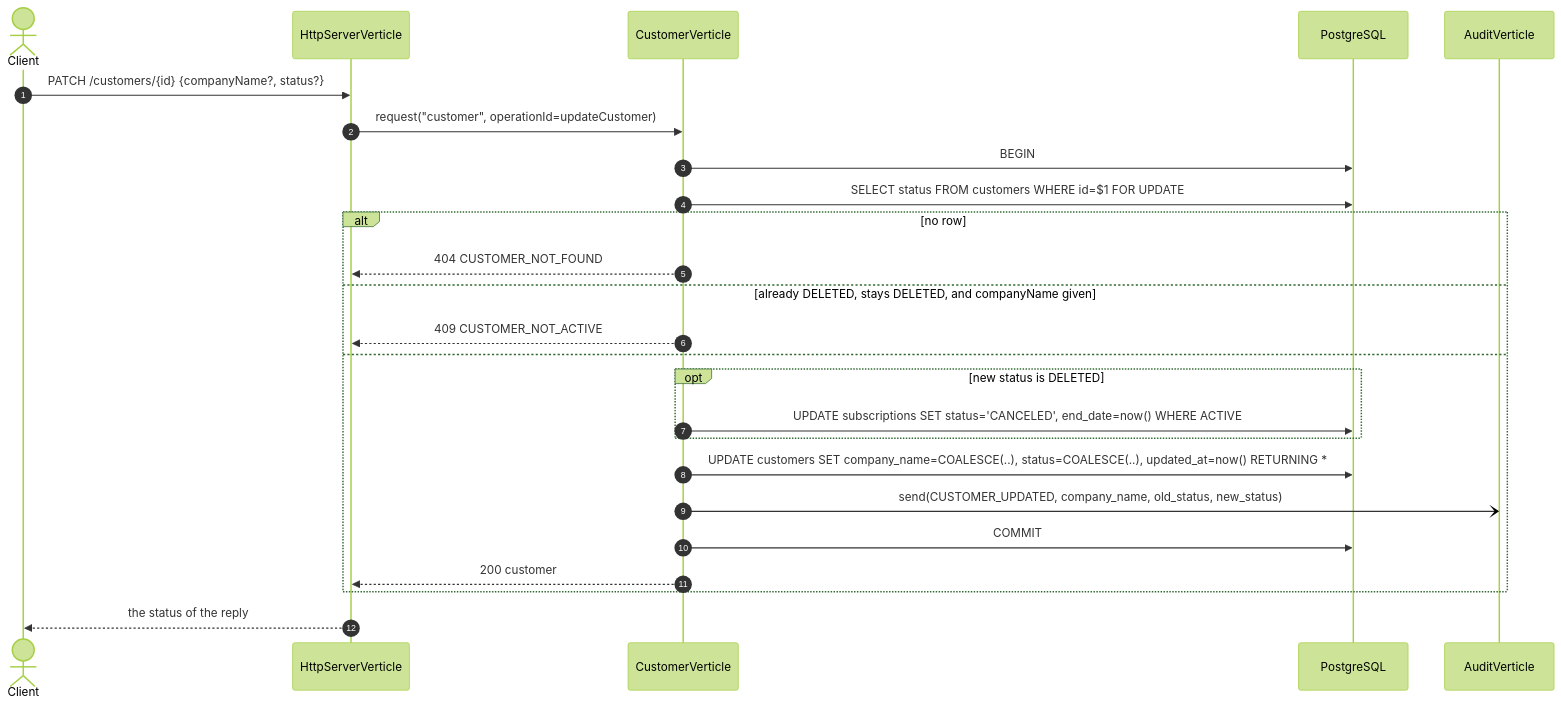
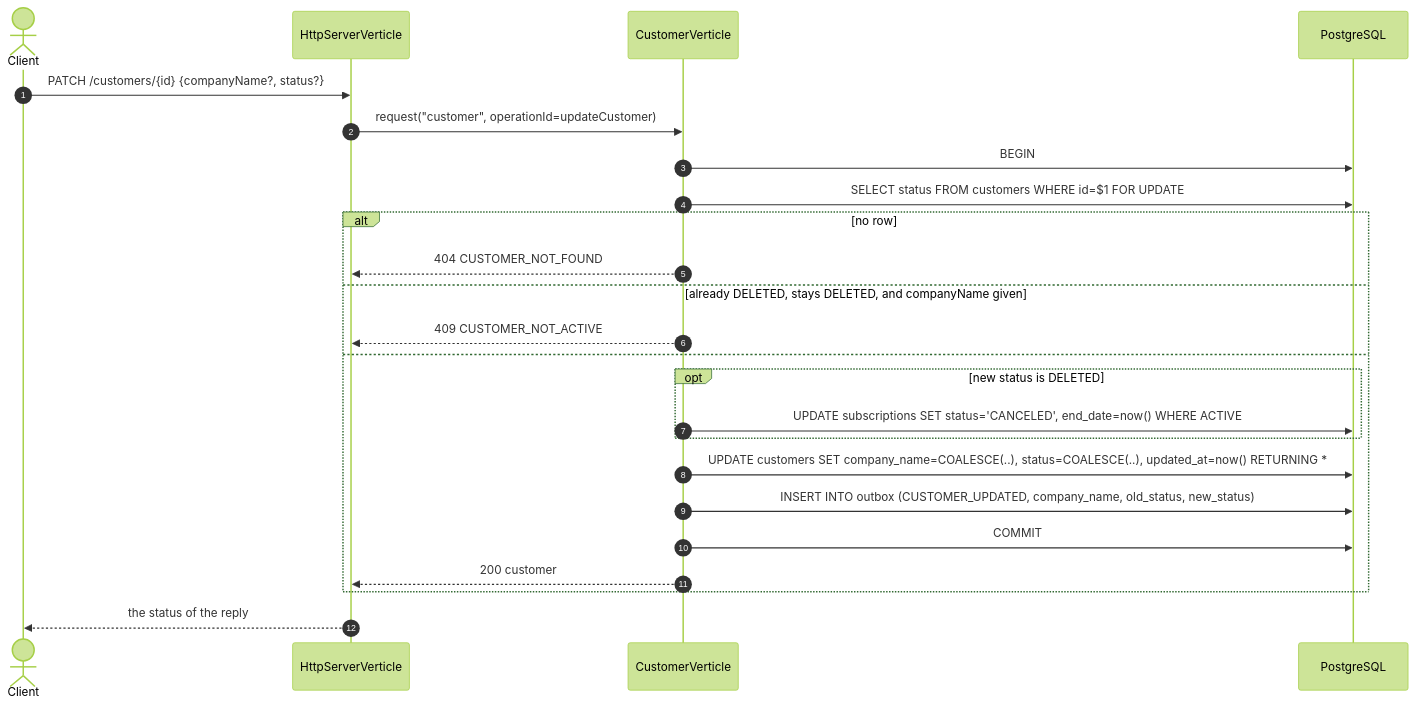
The ninth of 17 diagrams in docs/ARCHITECTURE.md (bataillec/customer-api-vertx), drawn with Mermaid (forest theme) before and after one commit. The commit also changed other lines of this file and 41 other files, not shown here.

First line of the commit message:
feat(Audit): Write audit events through a transactional outbox (#23)

````diff
--- a/docs/ARCHITECTURE.md
+++ b/docs/ARCHITECTURE.md
@@ -339,27 +342,26 @@
 ```mermaid
 sequenceDiagram
     autonumber
     actor C as Client
     participant H as HttpServerVerticle
     participant CU as CustomerVerticle
     participant DB as PostgreSQL
-    participant A as AuditVerticle
     C ->> H: PATCH /customers/{id} {companyName?, status?}
     H ->> CU: request("customer", operationId=updateCustomer)
     CU ->> DB: BEGIN
     CU ->> DB: SELECT status FROM customers WHERE id=$1 FOR UPDATE
     alt no row
         CU -->> H: 404 CUSTOMER_NOT_FOUND
     else already DELETED, stays DELETED, and companyName given
         CU -->> H: 409 CUSTOMER_NOT_ACTIVE
     else
         opt new status is DELETED
             CU ->> DB: UPDATE subscriptions SET status='CANCELED', end_date=now() WHERE ACTIVE
         end
         CU ->> DB: UPDATE customers SET company_name=COALESCE(..), status=COALESCE(..), updated_at=now() RETURNING *
-        CU -) A: send(CUSTOMER_UPDATED, company_name, old_status, new_status)
+        CU ->> DB: INSERT INTO outbox (CUSTOMER_UPDATED, company_name, old_status, new_status)
         CU ->> DB: COMMIT
         CU -->> H: 200 customer
     end
     H -->> C: the status of the reply
 ```
````
